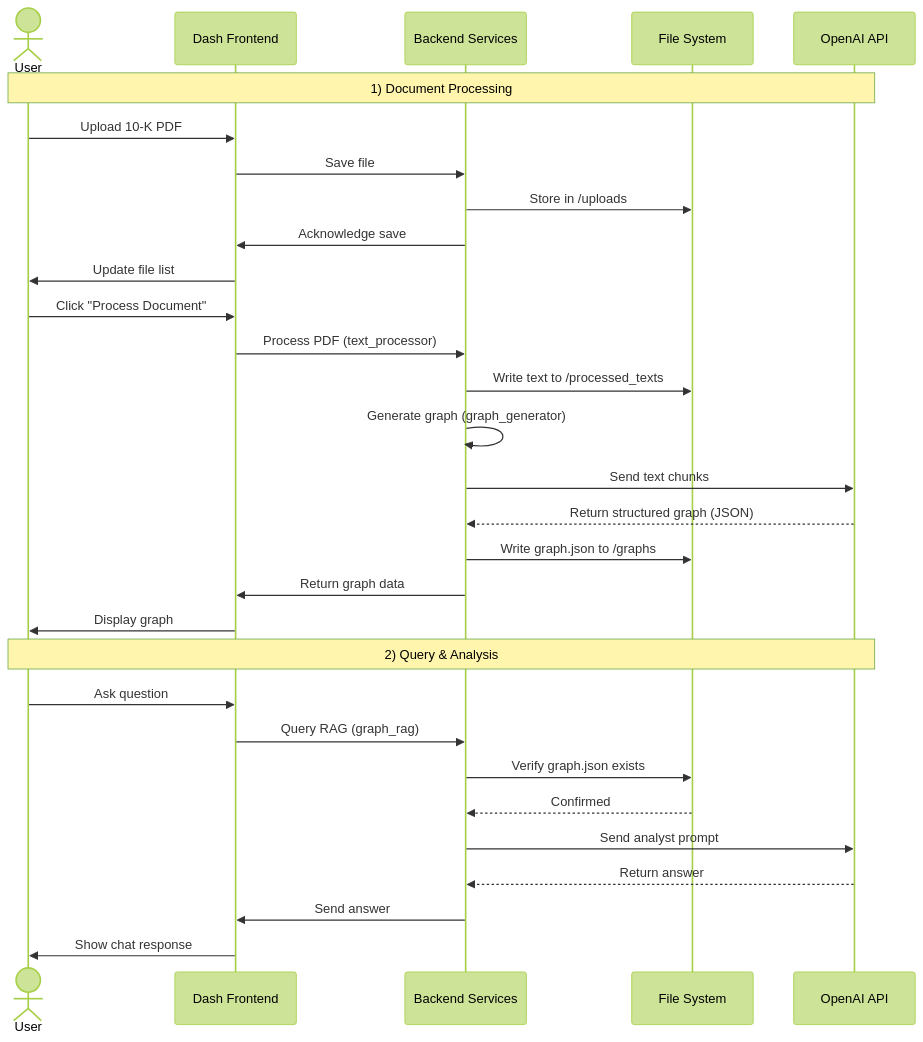
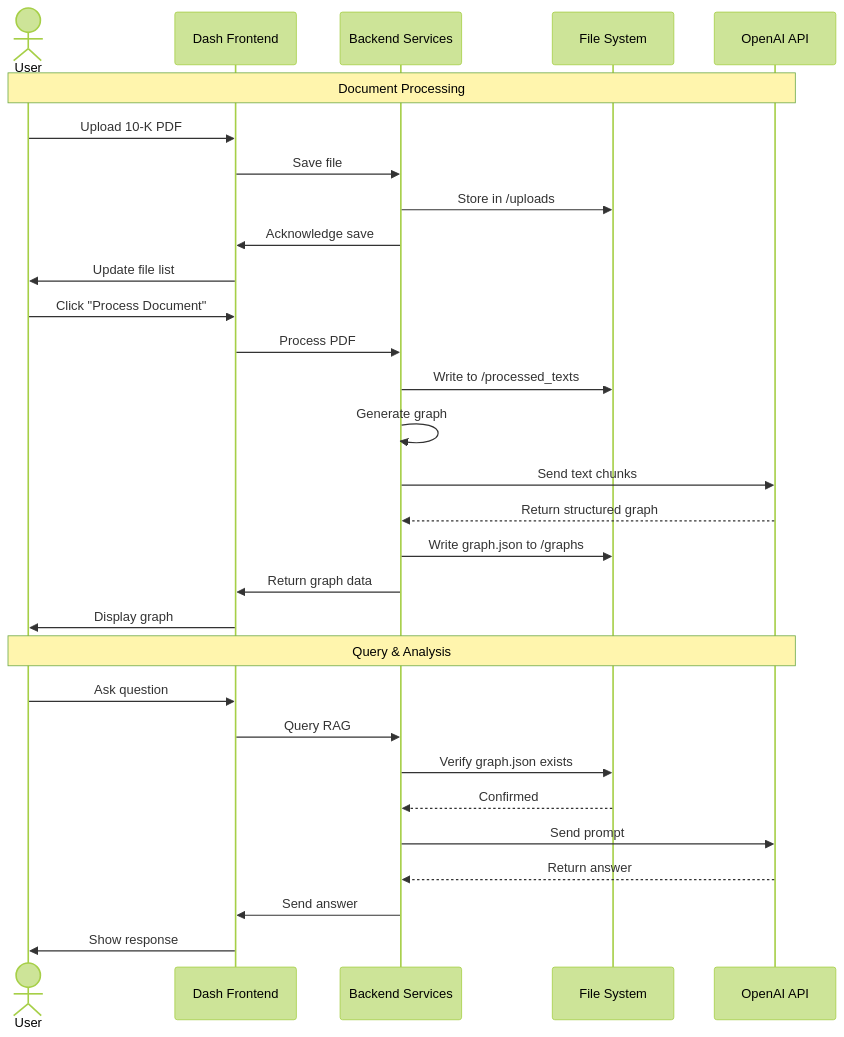
The second of 2 diagrams in README.md (Rogan-afk/Fom10k_Graph_RAG_Analyzer), drawn with Mermaid (forest theme) before and after one commit. The commit also changed other lines of this file, not shown here.

````diff
--- a/README.md
+++ b/README.md
@@ -122,35 +117,35 @@
 ```mermaid
 sequenceDiagram
     actor User
     participant App as Dash Frontend
     participant Services as Backend Services
     participant Cache as File System
     participant OpenAI as OpenAI API
 
-    Note over User,OpenAI: 1) Document Processing
+    Note over User,OpenAI: Document Processing
     User->>App: Upload 10-K PDF
     App->>Services: Save file
     Services->>Cache: Store in /uploads
     Services->>App: Acknowledge save
     App->>User: Update file list
 
     User->>App: Click "Process Document"
-    App->>Services: Process PDF (text_processor)
-    Services->>Cache: Write text to /processed_texts
-    Services->>Services: Generate graph (graph_generator)
+    App->>Services: Process PDF
+    Services->>Cache: Write to /processed_texts
+    Services->>Services: Generate graph
     Services->>OpenAI: Send text chunks
-    OpenAI-->>Services: Return structured graph (JSON)
+    OpenAI-->>Services: Return structured graph
     Services->>Cache: Write graph.json to /graphs
     Services->>App: Return graph data
     App->>User: Display graph
 
-    Note over User,OpenAI: 2) Query & Analysis
+    Note over User,OpenAI: Query & Analysis
     User->>App: Ask question
-    App->>Services: Query RAG (graph_rag)
+    App->>Services: Query RAG
     Services->>Cache: Verify graph.json exists
     Cache-->>Services: Confirmed
-    Services->>OpenAI: Send analyst prompt
+    Services->>OpenAI: Send prompt
     OpenAI-->>Services: Return answer
     Services->>App: Send answer
-    App->>User: Show chat response
+    App->>User: Show response
 ```
````
